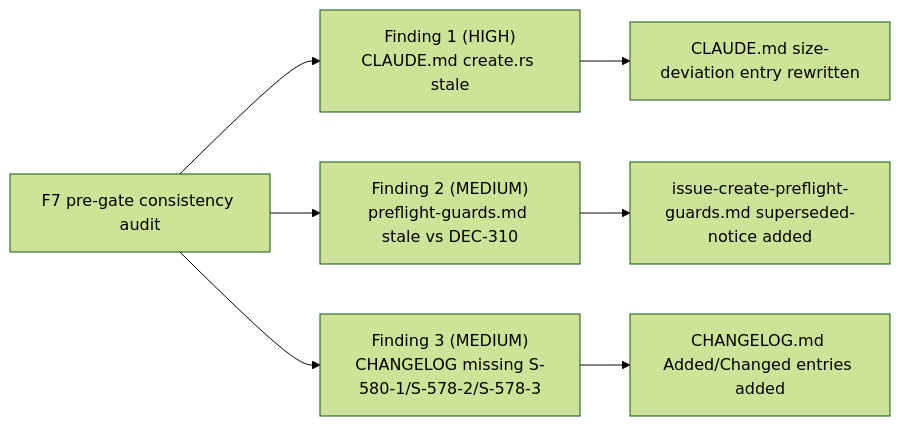
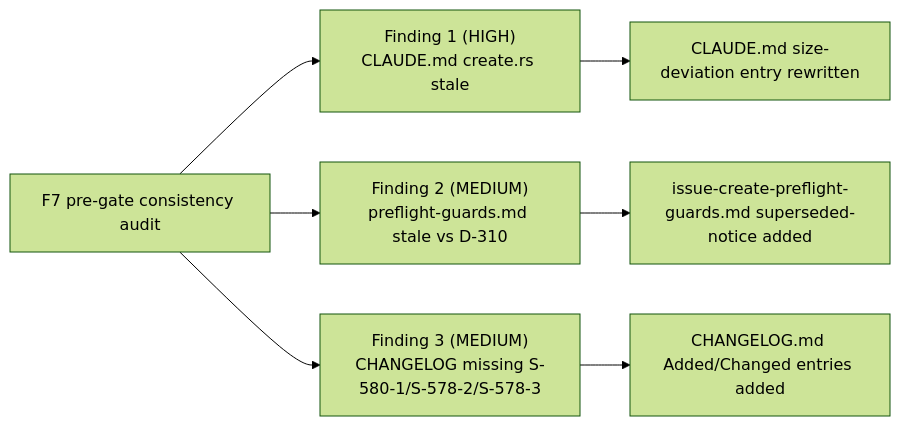
One commit to ArcavenAE/jira-cli changed the second of 2 diagrams in code-delivery/FIX-F7-001/pr-description.md. Above: the diagram before and after it, drawn with Mermaid (forest theme). The commit also changed other lines of this file and 531 other files, not shown here.

````diff
--- a/code-delivery/FIX-F7-001/pr-description.md
+++ b/code-delivery/FIX-F7-001/pr-description.md
@@ -97,9 +97,9 @@
 ```mermaid
 flowchart LR
     AUDIT["F7 pre-gate consistency audit"] --> F1["Finding 1 (HIGH)<br/>CLAUDE.md create.rs stale"]
-    AUDIT --> F2["Finding 2 (MEDIUM)<br/>preflight-guards.md stale vs DEC-310"]
+    AUDIT --> F2["Finding 2 (MEDIUM)<br/>preflight-guards.md stale vs D-310"]
     AUDIT --> F3["Finding 3 (MEDIUM)<br/>CHANGELOG missing S-580-1/S-578-2/S-578-3"]
     F1 --> D1["CLAUDE.md size-deviation entry rewritten"]
     F2 --> D2["issue-create-preflight-guards.md superseded-notice added"]
     F3 --> D3["CHANGELOG.md Added/Changed entries added"]
 ```
````
